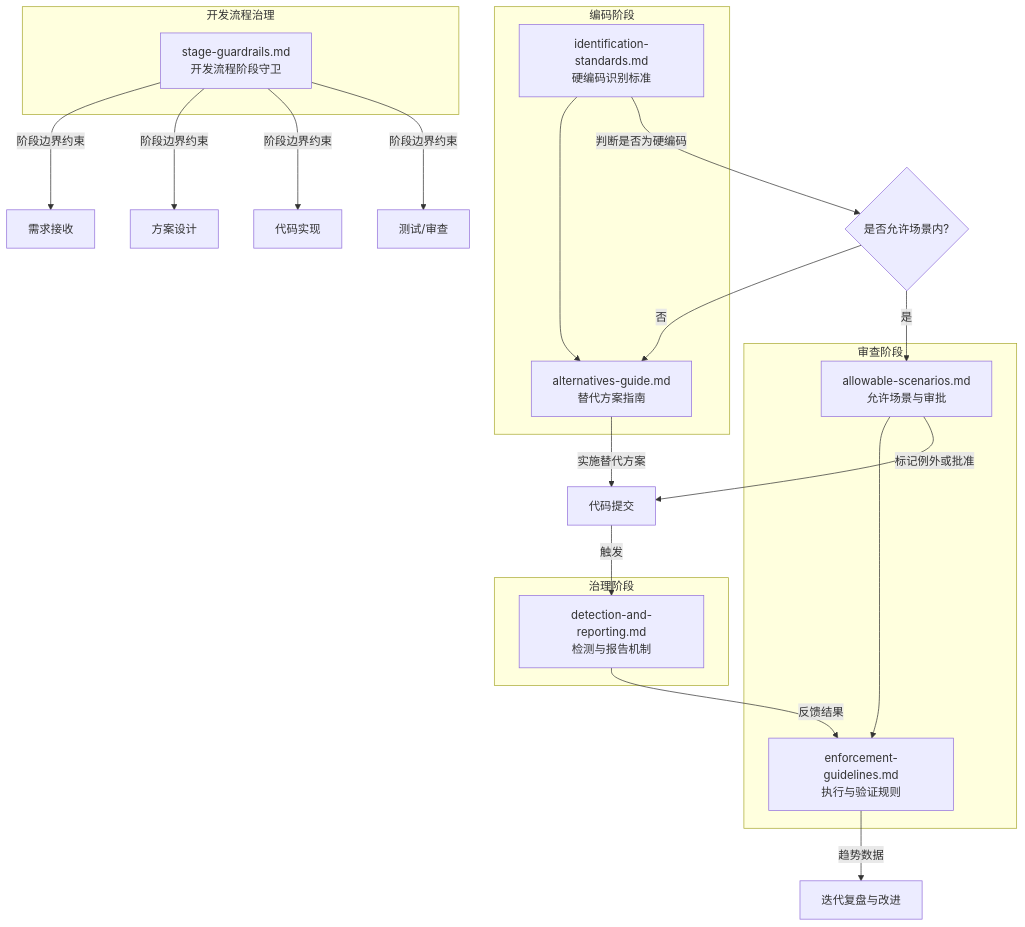
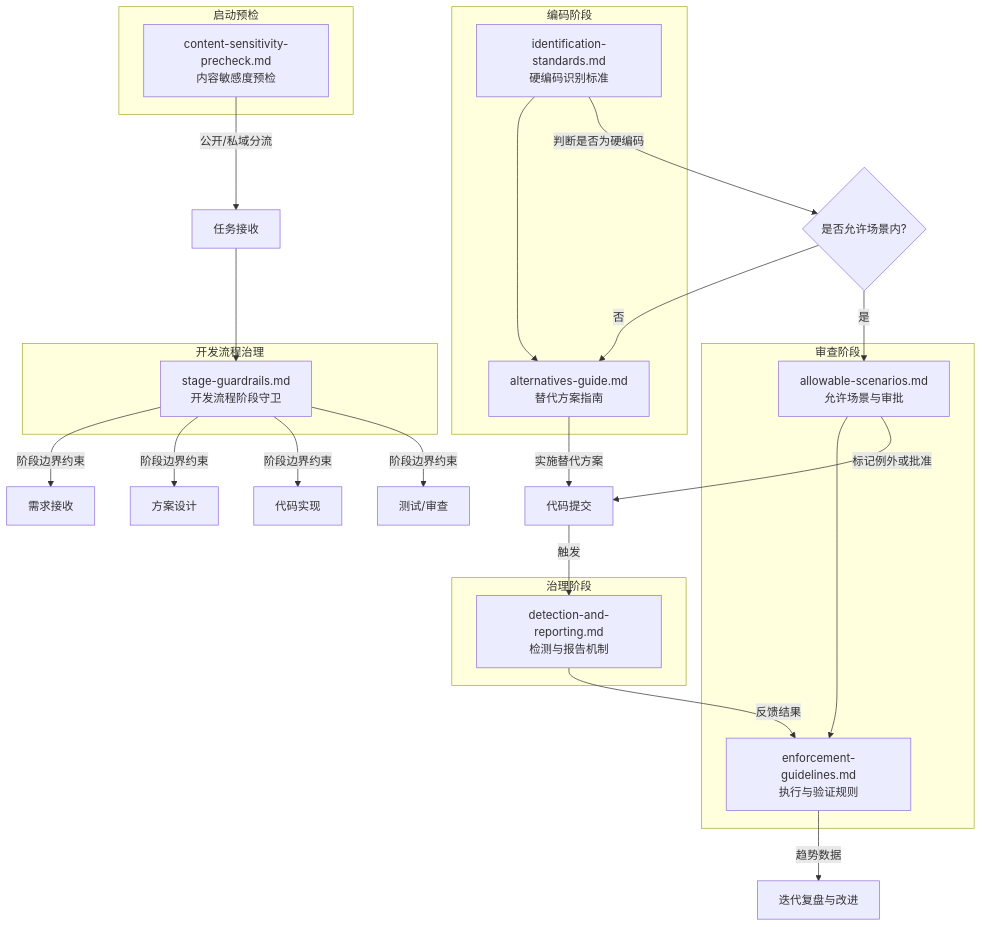
Before and after one commit to xinetzone/SpecWeave: the first of 4 diagrams in .agents/rules/README.md, drawn with Mermaid. The commit also changed other lines of this file and 5 other files, not shown here.

````diff
--- a/.agents/rules/README.md
+++ b/.agents/rules/README.md
@@ -13,27 +13,32 @@
 ```mermaid
 flowchart TD
+    subgraph START ["启动预检"]
+        PRE["content-sensitivity-precheck.md<br/>内容敏感度预检"]
+    end
     subgraph FLOW ["开发流程治理"]
         SG["stage-guardrails.md<br/>开发流程阶段守卫"]
     end
     subgraph DEV ["编码阶段"]
         A["identification-standards.md<br/>硬编码识别标准"] --> B["alternatives-guide.md<br/>替代方案指南"]
     end
     subgraph REVIEW ["审查阶段"]
         C["allowable-scenarios.md<br/>允许场景与审批"] --> D["enforcement-guidelines.md<br/>执行与验证规则"]
     end
     subgraph GOV ["治理阶段"]
         E["detection-and-reporting.md<br/>检测与报告机制"]
     end
-    SG --> |"阶段边界约束"| F1["需求接收"]
-    SG --> |"阶段边界约束"| F2["方案设计"]
-    SG --> |"阶段边界约束"| F3["代码实现"]
-    SG --> |"阶段边界约束"| F4["测试/审查"]
+    PRE --> |"公开/私域分流"| F1["任务接收"]
+    F1 --> SG
+    SG --> |"阶段边界约束"| F2["需求接收"]
+    SG --> |"阶段边界约束"| F3["方案设计"]
+    SG --> |"阶段边界约束"| F4["代码实现"]
+    SG --> |"阶段边界约束"| F5["测试/审查"]
     A --> |"判断是否为硬编码"| F{"是否允许场景内?"}
     F --> |"是"| C
     F --> |"否"| B
     B --> |"实施替代方案"| G["代码提交"]
     C --> |"标记例外或批准"| G
     G --> |"触发"| E
     E --> |"反馈结果"| D
     D --> |"趋势数据"| H["迭代复盘与改进"]
 ```
````
